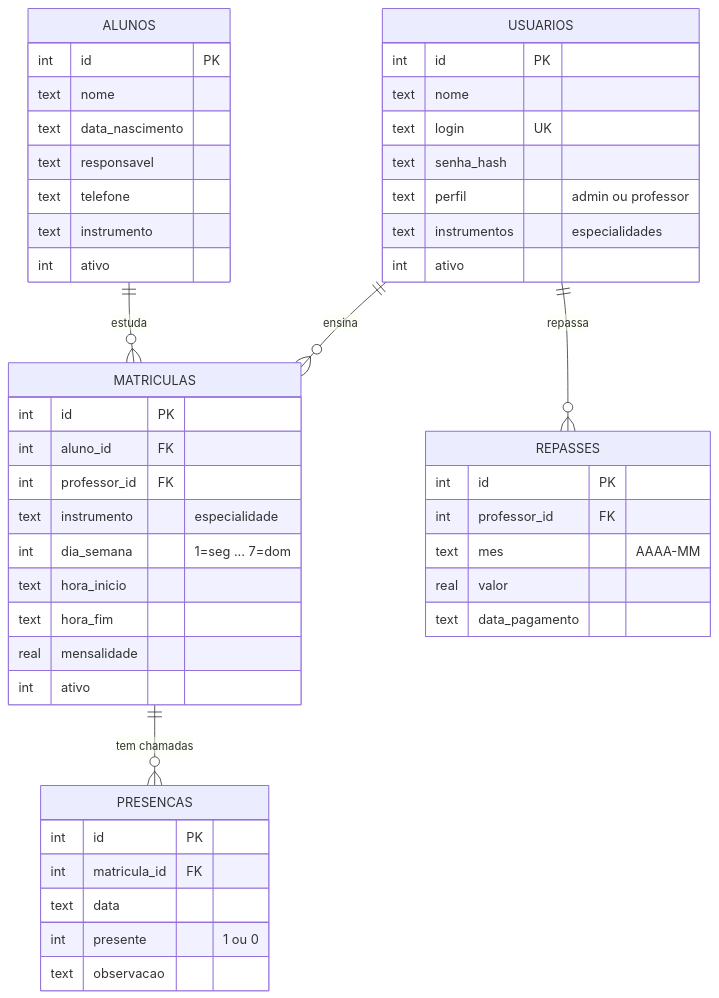
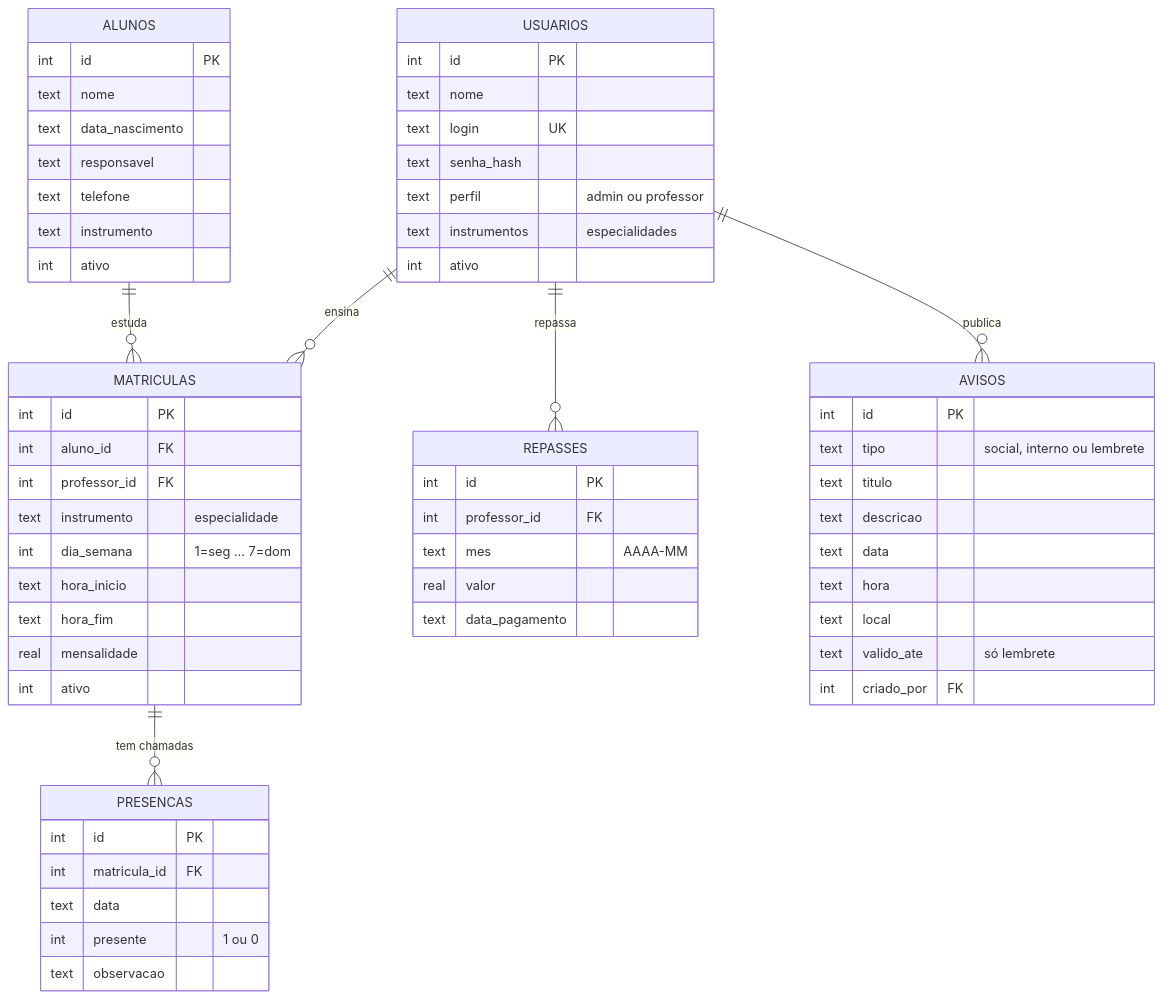
Before and after one commit to Jldiass/EscolaPIBA: the diagram in docs/DOCUMENTACAO.md, drawn with Mermaid. The commit also changed other lines of this file and 24 other files, not shown here.

````diff
--- a/docs/DOCUMENTACAO.md
+++ b/docs/DOCUMENTACAO.md
@@ -92,51 +97,63 @@
 ```mermaid
 erDiagram
     USUARIOS ||--o{ MATRICULAS : "ensina"
     ALUNOS   ||--o{ MATRICULAS : "estuda"
     MATRICULAS ||--o{ PRESENCAS : "tem chamadas"
     USUARIOS ||--o{ REPASSES : "repassa"
+    USUARIOS ||--o{ AVISOS : "publica"
 
     USUARIOS {
         int id PK
         text nome
         text login UK
         text senha_hash
         text perfil "admin ou professor"
         text instrumentos "especialidades"
         int ativo
     }
     ALUNOS {
         int id PK
         text nome
         text data_nascimento
         text responsavel
         text telefone
         text instrumento
         int ativo
     }
     MATRICULAS {
         int id PK
         int aluno_id FK
         int professor_id FK
         text instrumento "especialidade"
         int dia_semana "1=seg ... 7=dom"
         text hora_inicio
         text hora_fim
         real mensalidade
         int ativo
     }
     PRESENCAS {
         int id PK
         int matricula_id FK
         text data
         int presente "1 ou 0"
         text observacao
     }
     REPASSES {
         int id PK
         int professor_id FK
         text mes "AAAA-MM"
         real valor
         text data_pagamento
     }
+    AVISOS {
+        int id PK
+        text tipo "social, interno ou lembrete"
+        text titulo
+        text descricao
+        text data
+        text hora
+        text local
+        text valido_ate "só lembrete"
+        int criado_por FK
+    }
 ```
````
